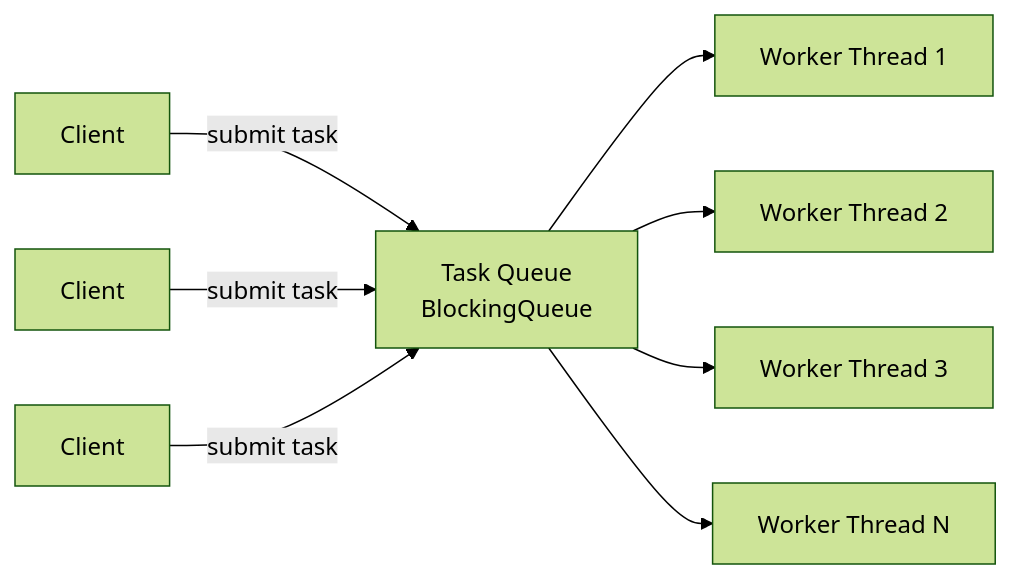
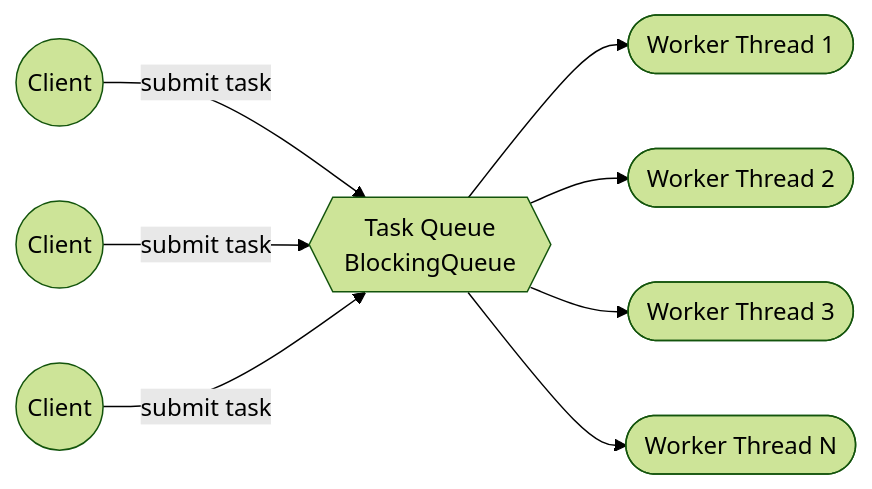
One commit to saivamsikaruturi/vamsilabs-dev-notes-main changed the seventh of 9 diagrams in docs/java/MultiThreading.md. Above: the diagram before and after it, drawn with Mermaid (forest theme). The commit also changed other lines of this file and 146 other files, not shown here.

Commit message:
Horizontal diagrams, UML class diagrams, typography overhaul, and permalink cleanup

````diff
--- a/docs/java/MultiThreading.md
+++ b/docs/java/MultiThreading.md
@@ -694,10 +696,10 @@
 ```mermaid
-graph LR
-    TASKS[Task Queue<br/>BlockingQueue] --> T1[Worker Thread 1]
-    TASKS --> T2[Worker Thread 2]
-    TASKS --> T3[Worker Thread 3]
-    TASKS --> TN[Worker Thread N]
-    CLIENT1[Client] -->|submit task| TASKS
-    CLIENT2[Client] -->|submit task| TASKS
-    CLIENT3[Client] -->|submit task| TASKS
+flowchart LR
+    TASKS{{"Task Queue<br/>BlockingQueue"}} --> T1(["Worker Thread 1"])
+    TASKS --> T2(["Worker Thread 2"])
+    TASKS --> T3(["Worker Thread 3"])
+    TASKS --> TN(["Worker Thread N"])
+    CLIENT1(("Client")) -->|submit task| TASKS
+    CLIENT2(("Client")) -->|submit task| TASKS
+    CLIENT3(("Client")) -->|submit task| TASKS
 ```
````
